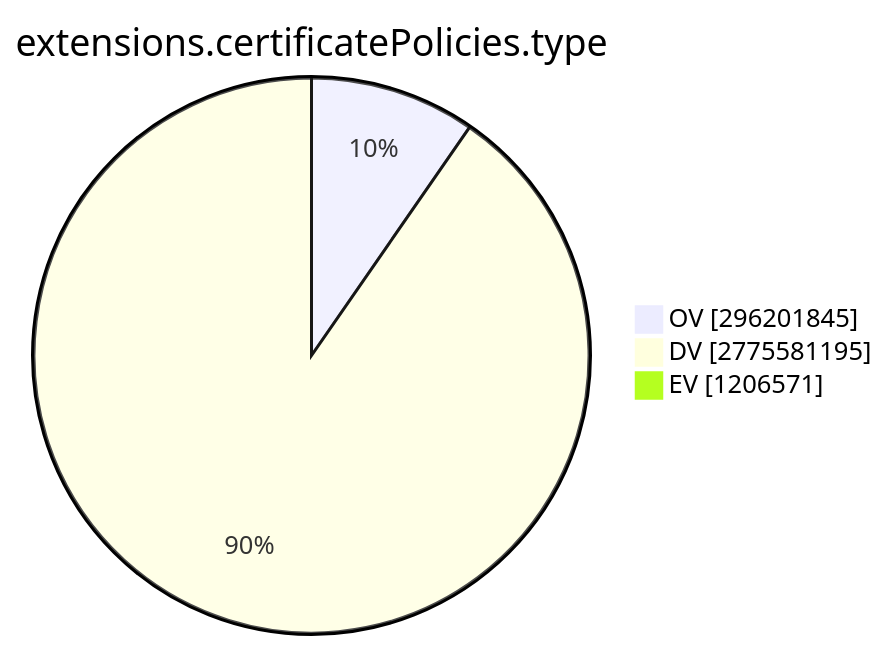
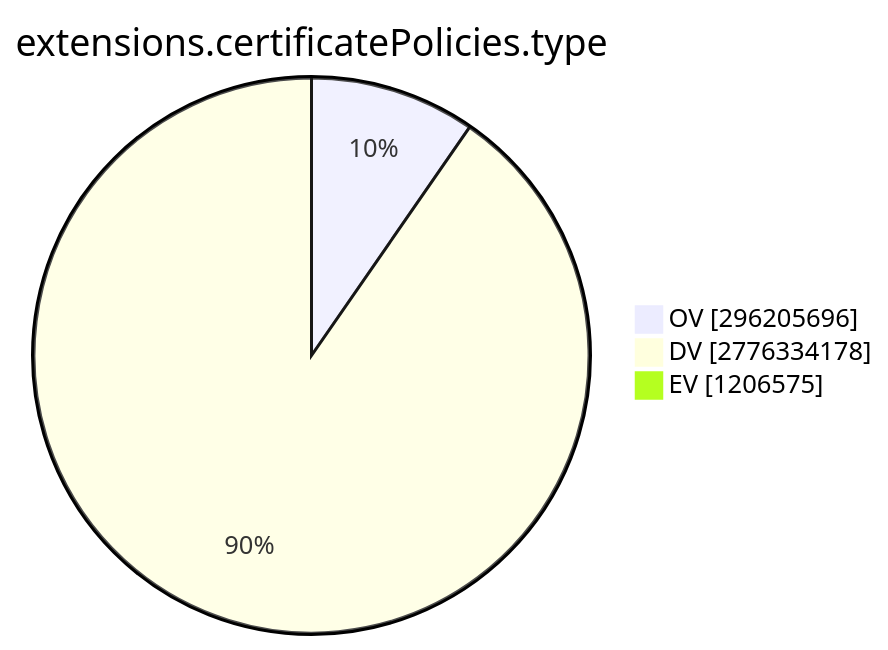
Before and after one commit to christiankrug/ctmonitor_visualization: the ninth of 15 diagrams in TOTAL/README.md, drawn with Mermaid. The commit also changed other lines of this file, not shown here.

````diff
--- a/TOTAL/README.md
+++ b/TOTAL/README.md
@@ -3099,7 +3099,7 @@
 ```mermaid
 pie showData
 title extensions.certificatePolicies.type
-"OV" :296201845
-"DV" :2775581195
-"EV" :1206571
+"OV" :296205696
+"DV" :2776334178
+"EV" :1206575
 ```
````
